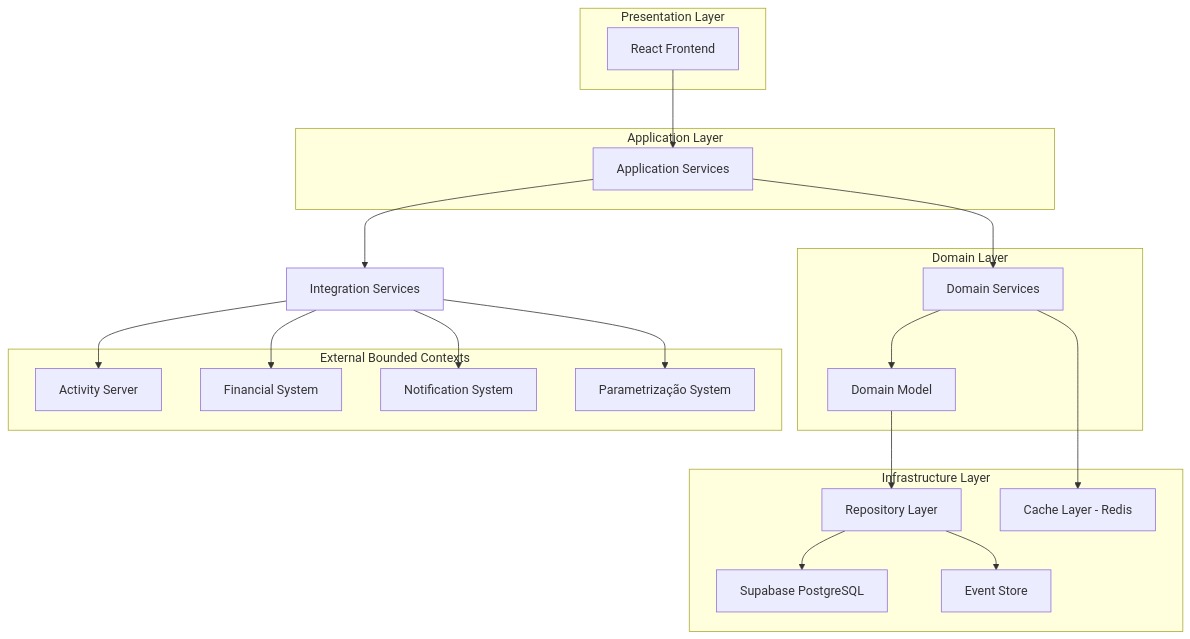
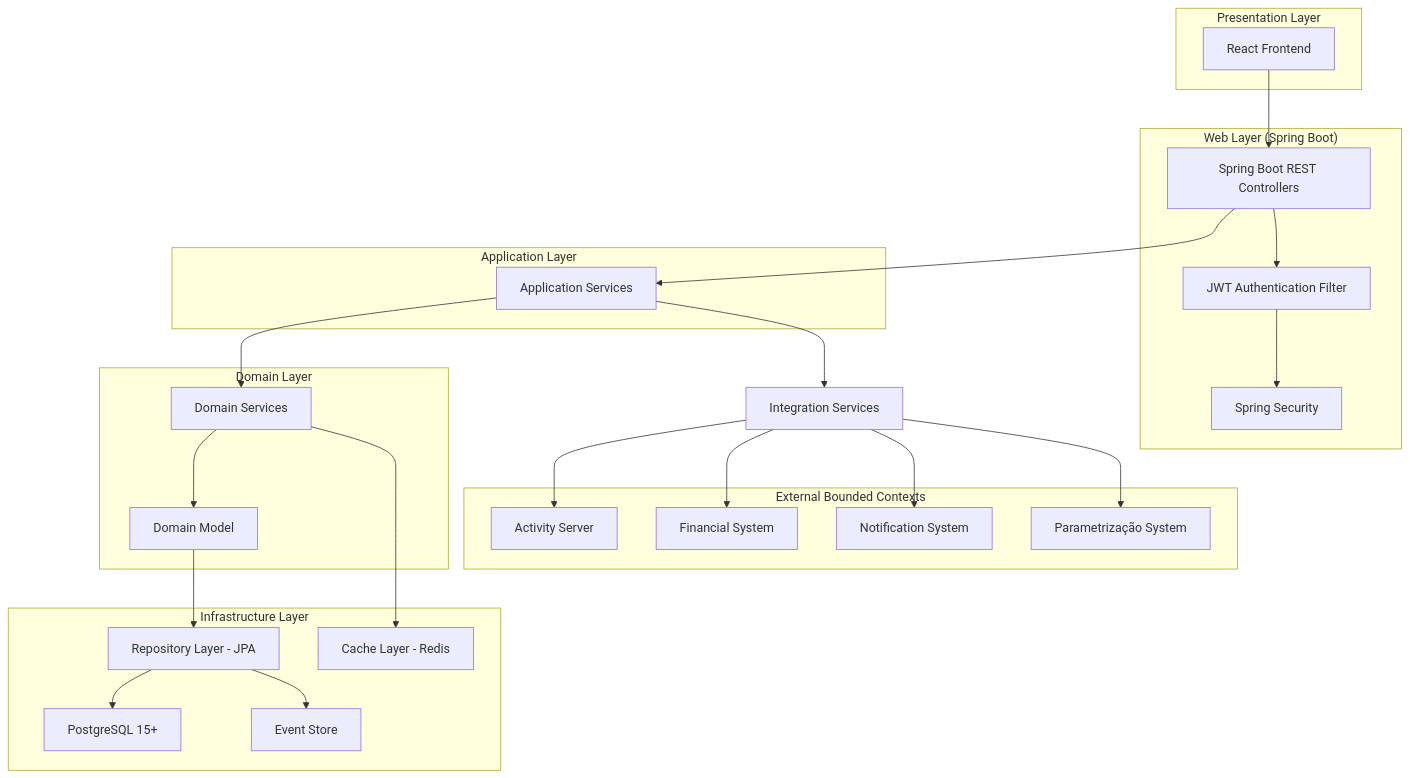
Before and after one commit to TA-Digital-CV/licenciamento-backend: the first of 10 diagrams in .trae/documents/TECH-LIC-Arquitetura-Gestao-Licencas-Emitidas.md, drawn with Mermaid. The commit also changed other lines of this file and 1 other file, not shown here.

````diff
--- a/.trae/documents/TECH-LIC-Arquitetura-Gestao-Licencas-Emitidas.md
+++ b/.trae/documents/TECH-LIC-Arquitetura-Gestao-Licencas-Emitidas.md
@@ -7,44 +7,54 @@
 ```mermaid
 graph TD
-    A[React Frontend] --> B[Application Services]
-    B --> C[Domain Services]
-    C --> D[Domain Model]
-    D --> E[Repository Layer]
-    E --> F[Supabase PostgreSQL]
+    A[React Frontend] --> B[Spring Boot REST Controllers]
+    B --> C[Application Services]
+    C --> D[Domain Services]
+    D --> E[Domain Model]
+    E --> F[Repository Layer - JPA]
+    F --> G[PostgreSQL 15+]
     
-    B --> G[Integration Services]
-    G --> H[Activity Server]
-    G --> I[Financial System]
-    G --> J[Notification System]
-    G --> K[Parametrização System]
+    B --> H[JWT Authentication Filter]
+    H --> I[Spring Security]
     
-    C --> L[Cache Layer - Redis]
-    E --> M[Event Store]
+    C --> J[Integration Services]
+    J --> K[Activity Server]
+    J --> L[Financial System]
+    J --> M[Notification System]
+    J --> N[Parametrização System]
+    
+    D --> O[Cache Layer - Redis]
+    F --> P[Event Store]
     
     subgraph "Presentation Layer"
         A
     end
     
+    subgraph "Web Layer (Spring Boot)"
+        B
+        H
+        I
+    end
+    
     subgraph "Application Layer"
-        B
+        C
     end
     
     subgraph "Domain Layer"
-        C
         D
+        E
     end
     
     subgraph "Infrastructure Layer"
-        E
         F
-        L
-        M
+        G
+        O
+        P
     end
     
     subgraph "External Bounded Contexts"
-        H
-        I
-        J
         K
+        L
+        M
+        N
     end
 ```
````
